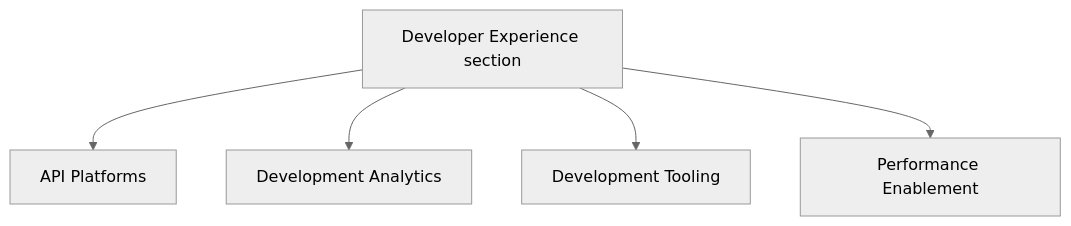
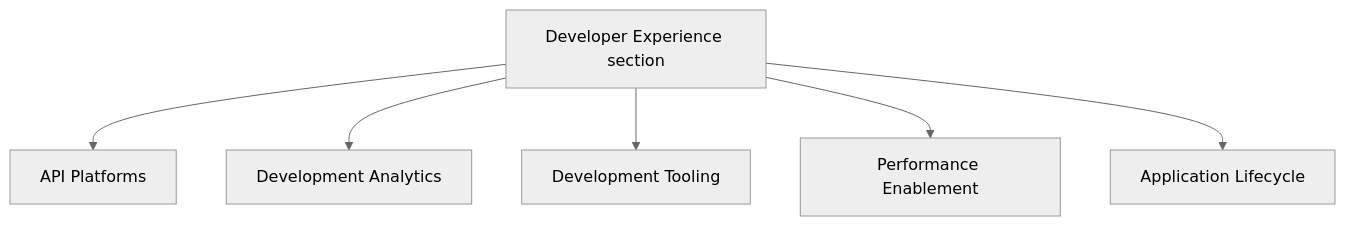
The diagram in content/handbook/engineering/infrastructure-platforms/developer-experience/_index.md (kyama0/gitlab-handbook-ja), drawn with Mermaid (neutral theme) before and after one commit. The commit also changed other lines of this file and 90 other files, not shown here.

````diff
--- a/content/handbook/engineering/infrastructure-platforms/developer-experience/_index.md
+++ b/content/handbook/engineering/infrastructure-platforms/developer-experience/_index.md
@@ -120,14 +120,16 @@
 ```mermaid
 graph TD
     DE[Developer Experience section]
     click DE "/handbook/engineering/infrastructure-platforms/developer-experience"
 
     DE --> AP[API Platforms]
     click AP "/handbook/engineering/infrastructure-platforms/developer-experience/api"
     DE --> DA[Development Analytics]
     click DA "/handbook/engineering/infrastructure-platforms/developer-experience/development-analytics"
     DE --> DT[Development Tooling]
     click DT "/handbook/engineering/infrastructure-platforms/developer-experience/development-tooling"
     DE --> PE[Performance Enablement]
     click PE "/handbook/engineering/infrastructure-platforms/developer-experience/performance-enablement"
+    DE --> AL[Application Lifecycle]
+    click AL "/handbook/engineering/infrastructure-platforms/developer-experience/application-lifecycle"
 ```
````
